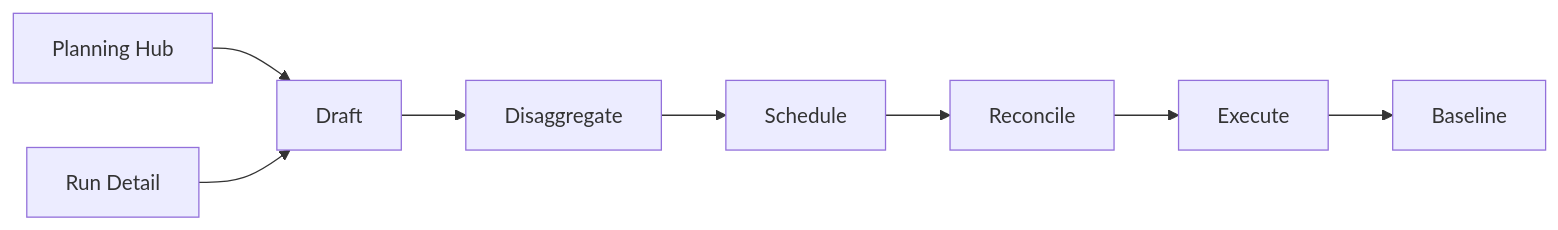
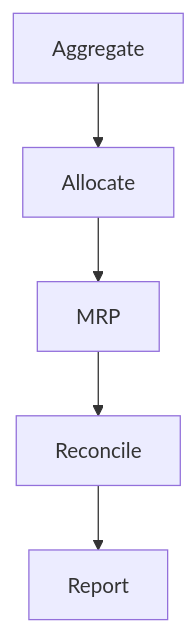
The first of 2 diagrams in README.md (miumigy/scpln), drawn with Mermaid before and after one commit. The commit also changed other lines of this file and 4 other files, not shown here.

````diff
--- a/README.md
+++ b/README.md
@@ -568,12 +72,7 @@
 ```mermaid
-flowchart LR
-  H[Planning Hub]
-  R[Run Detail]
-  H --> A[Draft]
-  R --> A
-  A --> B[Disaggregate]
-  B --> C[Schedule]
+flowchart TD
+  A[Aggregate] --> B[Allocate]
+  B --> C[MRP]
   C --> D[Reconcile]
-  D --> E[Execute]
-  E --> F[Baseline]
+  D --> E[Report]
 ```
````
